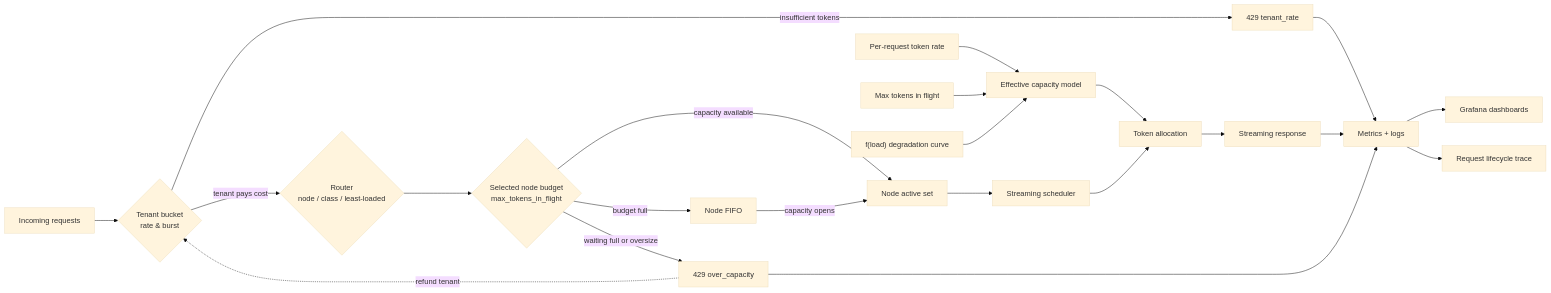
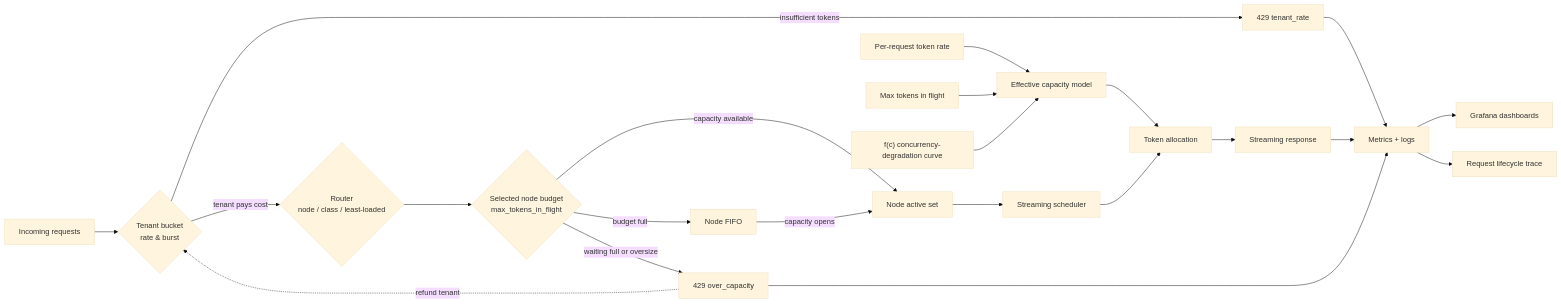
The diagram in system-design.md (bartr/vllm), drawn with Mermaid (base theme) before and after one commit. The commit also changed other lines of this file and 30 other files, not shown here.

````diff
--- a/system-design.md
+++ b/system-design.md
@@ -200,31 +200,31 @@
 ```mermaid
 flowchart LR
     A[Incoming requests] --> T{Tenant bucket<br/>rate &amp; burst}
     T -->|insufficient tokens| E1[429 tenant_rate]
     T -->|tenant pays cost| R{Router<br/>node / class / least-loaded}
     R --> B{Selected node budget<br/>max_tokens_in_flight}
 
     B -->|capacity available| C[Node active set]
     B -->|budget full| D[Node FIFO]
     B -->|waiting full or oversize| E2[429 over_capacity]
     E2 -.refund tenant.-> T
 
     C --> F[Streaming scheduler]
     F --> G[Token allocation]
 
     H[Per-request token rate] --> I[Effective capacity model]
     J[Max tokens in flight] --> I
-    K["f(load) degradation curve"] --> I
+    K["f(c) concurrency-degradation curve"] --> I
 
     I --> G
     G --> L[Streaming response]
 
     D -->|capacity opens| C
 
     L --> M[Metrics + logs]
     E1 --> M
     E2 --> M
 
     M --> N[Grafana dashboards]
     M --> O[Request lifecycle trace]
 ```
````
